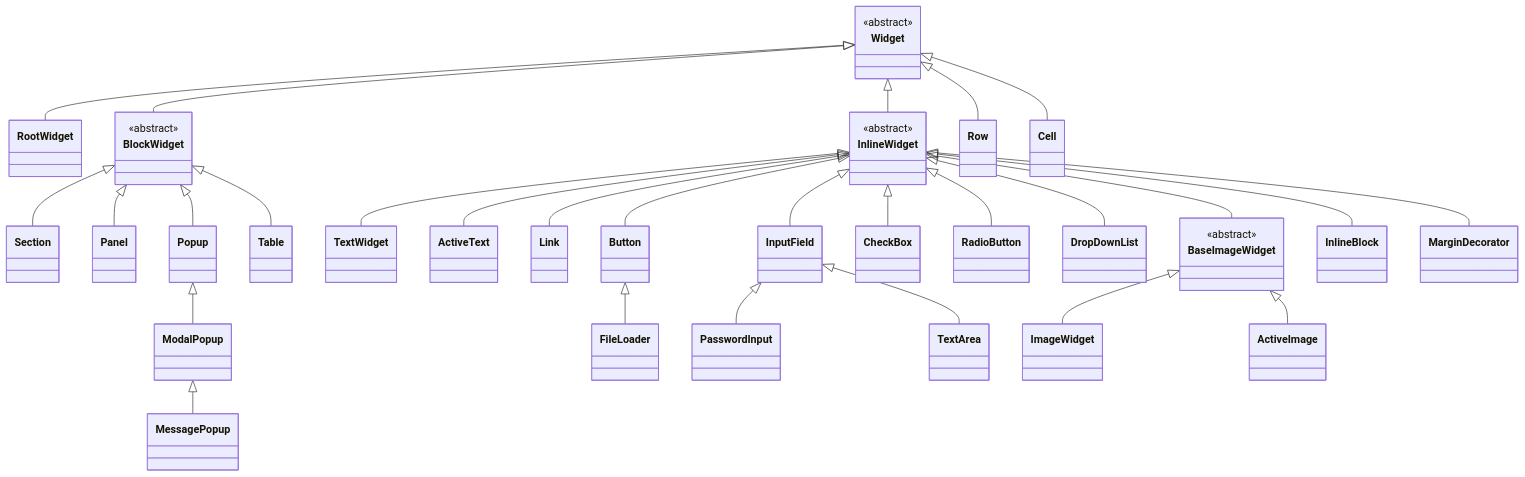
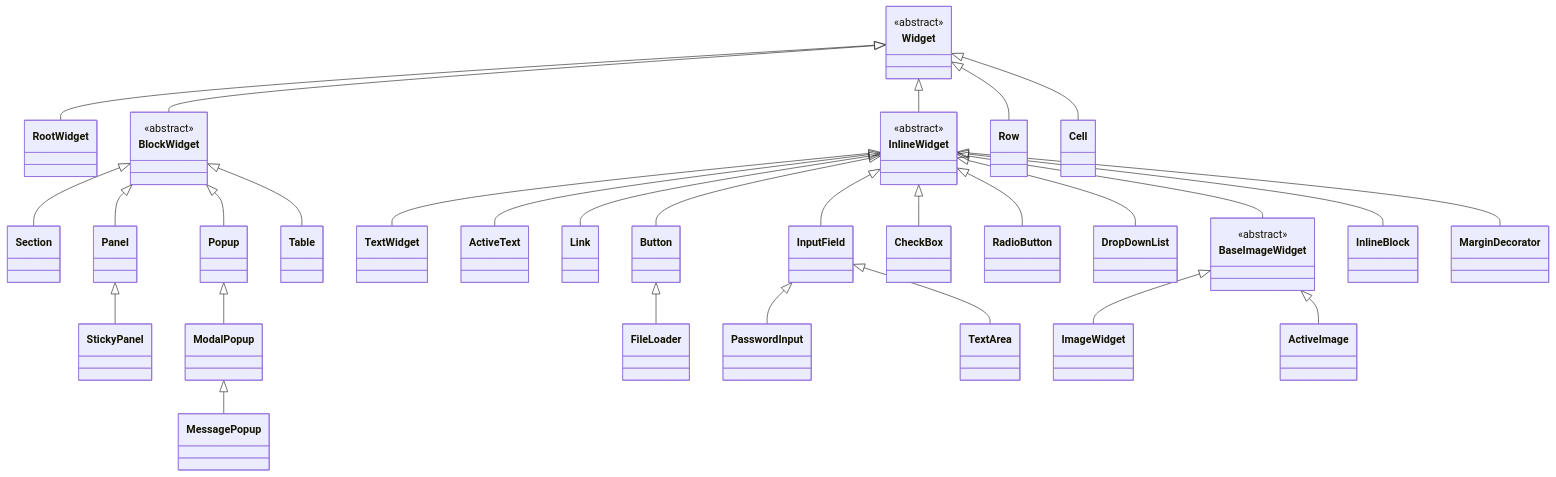
Before and after one commit to kniazkov/widgets: the diagram in docs/WIDGETS.md, drawn with Mermaid. The commit also changed other lines of this file, not shown here.

Commit message:
Add sticky panel support

````diff
--- a/docs/WIDGETS.md
+++ b/docs/WIDGETS.md
@@ -14,48 +14,49 @@
 ```mermaid
 classDiagram
     direction TB
 
     class Widget {
         <<abstract>>
     }
     class BlockWidget {
         <<abstract>>
     }
     class InlineWidget {
         <<abstract>>
     }
     class BaseImageWidget {
         <<abstract>>
     }
 
     Widget <|-- RootWidget
     Widget <|-- BlockWidget
     Widget <|-- InlineWidget
     Widget <|-- Row
     Widget <|-- Cell
 
     BlockWidget <|-- Section
     BlockWidget <|-- Panel
+    Panel <|-- StickyPanel
     BlockWidget <|-- Popup
     Popup <|-- ModalPopup
     ModalPopup <|-- MessagePopup
     BlockWidget <|-- Table
 
     InlineWidget <|-- TextWidget
     InlineWidget <|-- ActiveText
     InlineWidget <|-- Link
     InlineWidget <|-- Button
     InlineWidget <|-- InputField
     InlineWidget <|-- CheckBox
     InlineWidget <|-- RadioButton
     InlineWidget <|-- DropDownList
     InlineWidget <|-- BaseImageWidget
     InlineWidget <|-- InlineBlock
     InlineWidget <|-- MarginDecorator
 
     Button <|-- FileLoader
     InputField <|-- PasswordInput
     InputField <|-- TextArea
     BaseImageWidget <|-- ImageWidget
     BaseImageWidget <|-- ActiveImage
 ```
````
